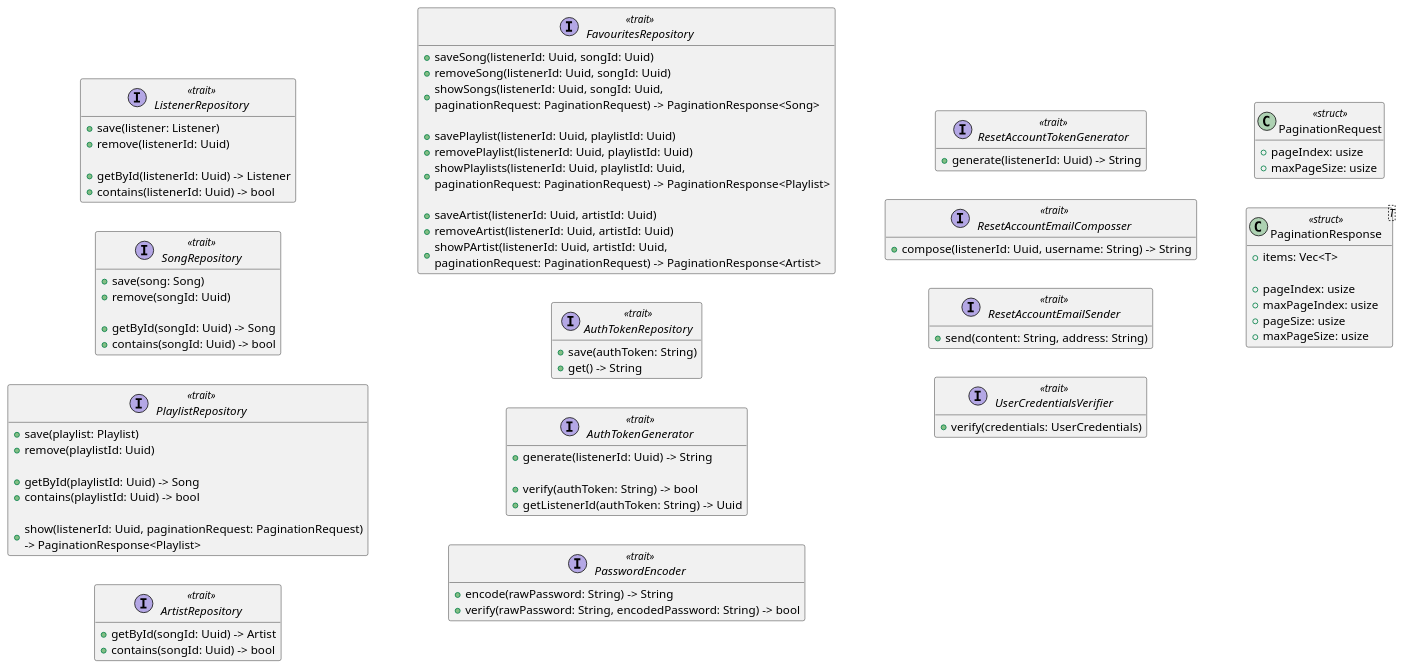
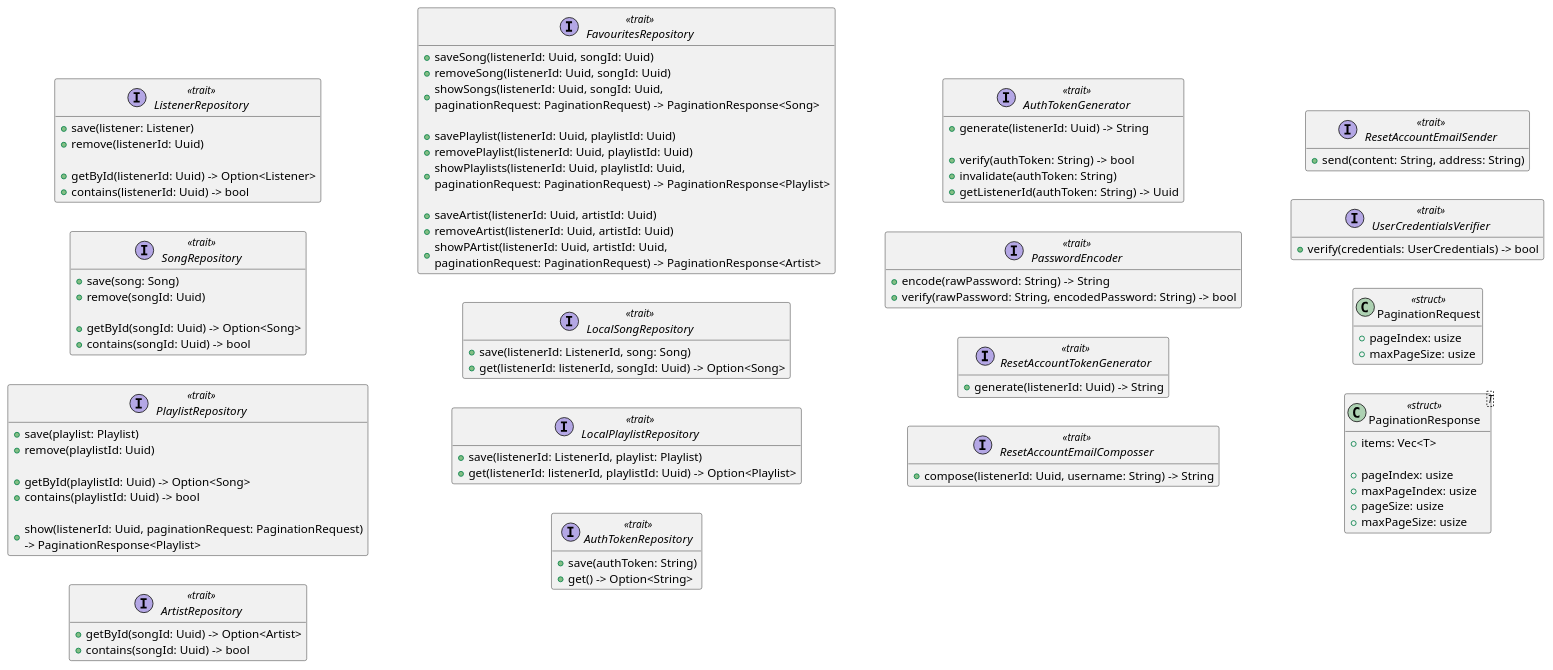
One commit to NTDuck/curtain-call changed the diagram in class-diagrams/gateways-class-diagram.puml. Above: the diagram before and after it, drawn with PlantUML. The commit also changed 3 other files, not shown here.

```diff
--- a/class-diagrams/gateways-class-diagram.puml
+++ b/class-diagrams/gateways-class-diagram.puml
@@ -1,99 +1,110 @@
 @startuml
 
 left to right direction
 hide empty members
 skinparam BackgroundColor transparent
 
 interface ListenerRepository <<trait>> {
     + save(listener: Listener)
     + remove(listenerId: Uuid)
     
-    + getById(listenerId: Uuid) -> Listener
+    + getById(listenerId: Uuid) -> Option<Listener>
     + contains(listenerId: Uuid) -> bool
 }
 
 interface SongRepository <<trait>> {
     + save(song: Song)
     + remove(songId: Uuid)
     
-    + getById(songId: Uuid) -> Song
+    + getById(songId: Uuid) -> Option<Song>
     + contains(songId: Uuid) -> bool
 }
 
 interface PlaylistRepository <<trait>> {
     + save(playlist: Playlist)
     + remove(playlistId: Uuid)
     
-    + getById(playlistId: Uuid) -> Song
+    + getById(playlistId: Uuid) -> Option<Song>
     + contains(playlistId: Uuid) -> bool
 
     + show(listenerId: Uuid, paginationRequest: PaginationRequest)\n-> PaginationResponse<Playlist>
 }
 
 interface ArtistRepository <<trait>> {
-    + getById(songId: Uuid) -> Artist
+    + getById(songId: Uuid) -> Option<Artist>
     + contains(songId: Uuid) -> bool
 }
 
 interface FavouritesRepository <<trait>> {
     + saveSong(listenerId: Uuid, songId: Uuid)
     + removeSong(listenerId: Uuid, songId: Uuid)
     + showSongs(listenerId: Uuid, songId: Uuid, \npaginationRequest: PaginationRequest) -> PaginationResponse<Song>
 
     + savePlaylist(listenerId: Uuid, playlistId: Uuid)
     + removePlaylist(listenerId: Uuid, playlistId: Uuid)
     + showPlaylists(listenerId: Uuid, playlistId: Uuid, \npaginationRequest: PaginationRequest) -> PaginationResponse<Playlist>
 
     + saveArtist(listenerId: Uuid, artistId: Uuid)
     + removeArtist(listenerId: Uuid, artistId: Uuid)
     + showPArtist(listenerId: Uuid, artistId: Uuid, \npaginationRequest: PaginationRequest) -> PaginationResponse<Artist>
 }
 
+interface LocalSongRepository <<trait>> {
+    + save(listenerId: ListenerId, song: Song)
+    + get(listenerId: listenerId, songId: Uuid) -> Option<Song>
+}
+
+interface LocalPlaylistRepository <<trait>> {
+    + save(listenerId: ListenerId, playlist: Playlist)
+    + get(listenerId: listenerId, playlistId: Uuid) -> Option<Playlist>
+}
+
 interface AuthTokenRepository <<trait>> {
     + save(authToken: String)
-    + get() -> String
+    + get() -> Option<String>
 }
 
 interface AuthTokenGenerator <<trait>> {
     + generate(listenerId: Uuid) -> String
 
     + verify(authToken: String) -> bool
+    + invalidate(authToken: String)
     + getListenerId(authToken: String) -> Uuid
 }
 
 interface PasswordEncoder <<trait>> {
     + encode(rawPassword: String) -> String
     + verify(rawPassword: String, encodedPassword: String) -> bool
 }
 
 interface ResetAccountTokenGenerator <<trait>> {
     + generate(listenerId: Uuid) -> String
 }
 
 interface ResetAccountEmailComposser <<trait>> {
     + compose(listenerId: Uuid, username: String) -> String
 }
 
 interface ResetAccountEmailSender <<trait>> {
     + send(content: String, address: String)
 }
 
 interface UserCredentialsVerifier <<trait>> {
-    + verify(credentials: UserCredentials)
+    + verify(credentials: UserCredentials) -> bool
 }
 
 class PaginationRequest <<struct>> {
     + pageIndex: usize
     + maxPageSize: usize
 }
 
 class PaginationResponse<T> <<struct>> {
     + items: Vec<T>
 
     + pageIndex: usize
     + maxPageIndex: usize
     + pageSize: usize
     + maxPageSize: usize
 }
 
 @enduml
```
